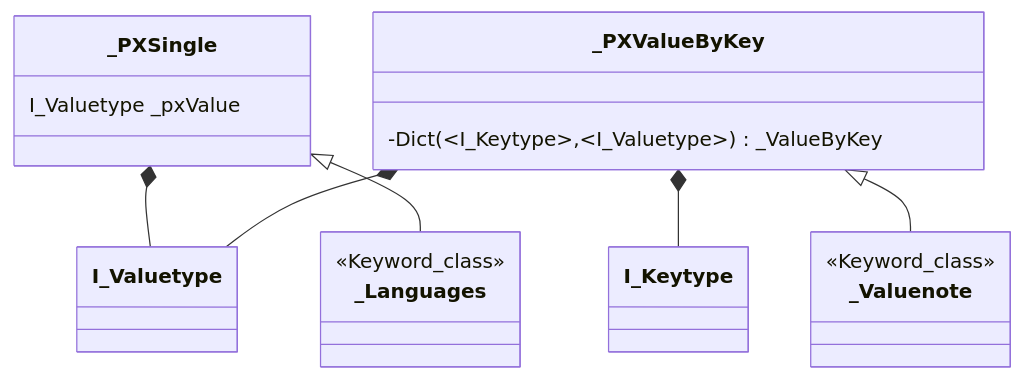
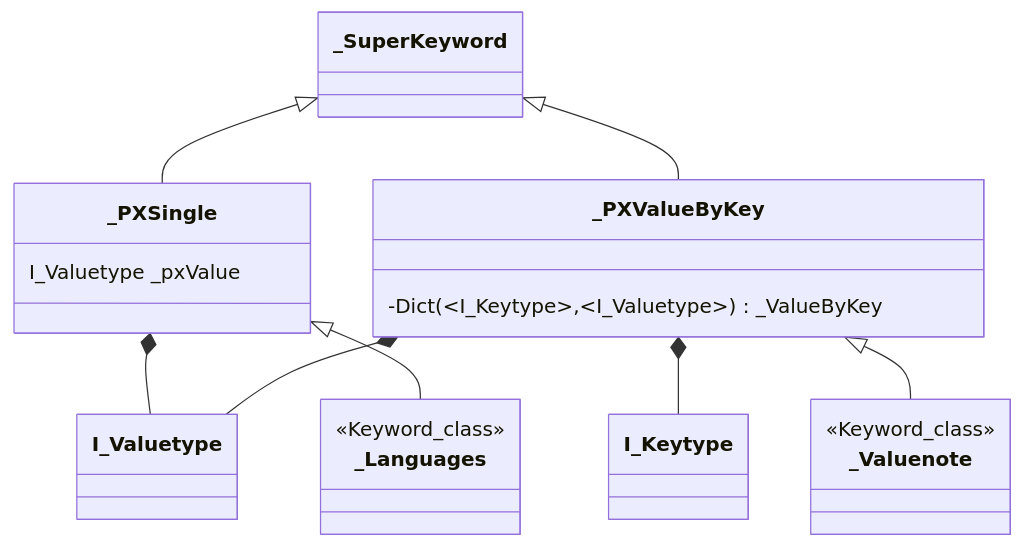
Before and after one commit to PxTools/PxBuild: the fourth of 4 diagrams in pxtool.md, drawn with Mermaid. The commit also changed other lines of this file, not shown here.

````diff
--- a/pxtool.md
+++ b/pxtool.md
@@ -74,23 +75,27 @@
 ```mermaid
 classDiagram
    class _PXSingle{
      I_Valuetype _pxValue
    }
 
    class _PXValueByKey{
      -Dict(~I_Keytype~,~I_Valuetype~) _ValueByKey
    }
+
+    _SuperKeyword <|-- _PXSingle
+    _SuperKeyword <|-- _PXValueByKey
+    
 
     _PXSingle *-- I_Valuetype
     _PXValueByKey *-- I_Valuetype
     _PXValueByKey *-- I_Keytype
    
     _PXSingle <|-- _Languages
     
     _PXValueByKey <|--_Valuenote
     
     <<Keyword_class>> _Languages
     <<Keyword_class>> _Valuenote
 
     
 ```  
````
